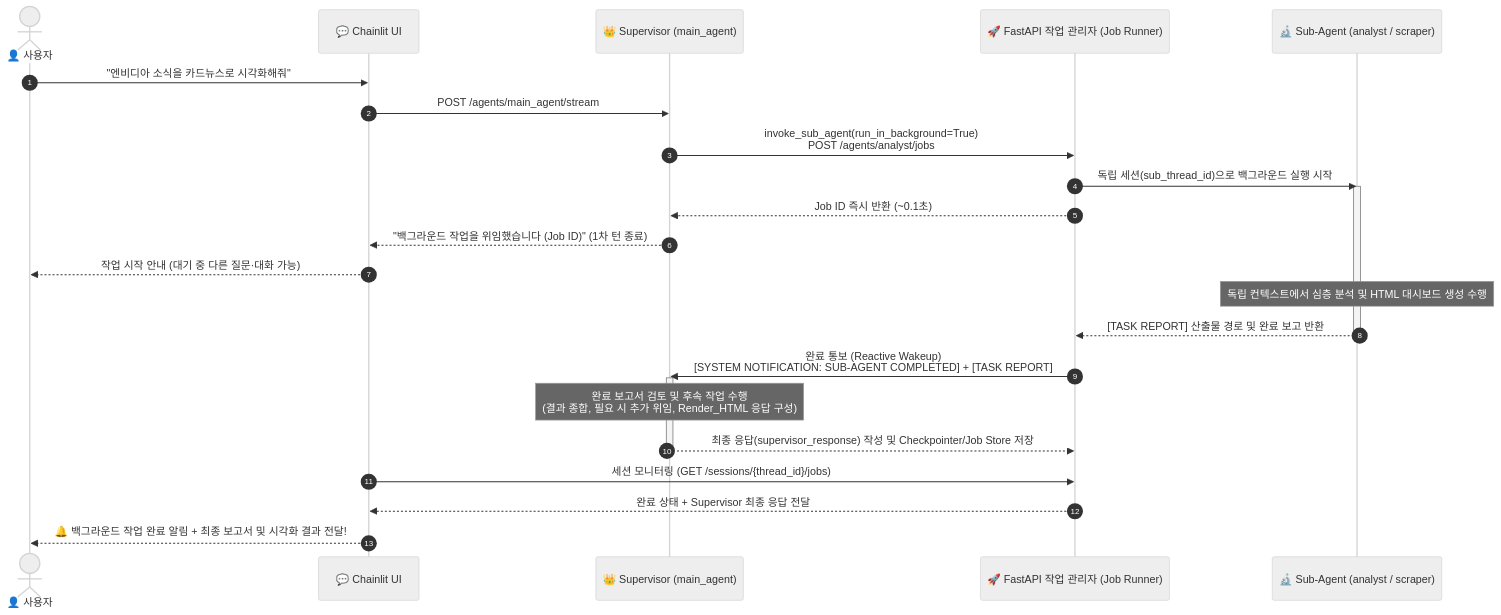
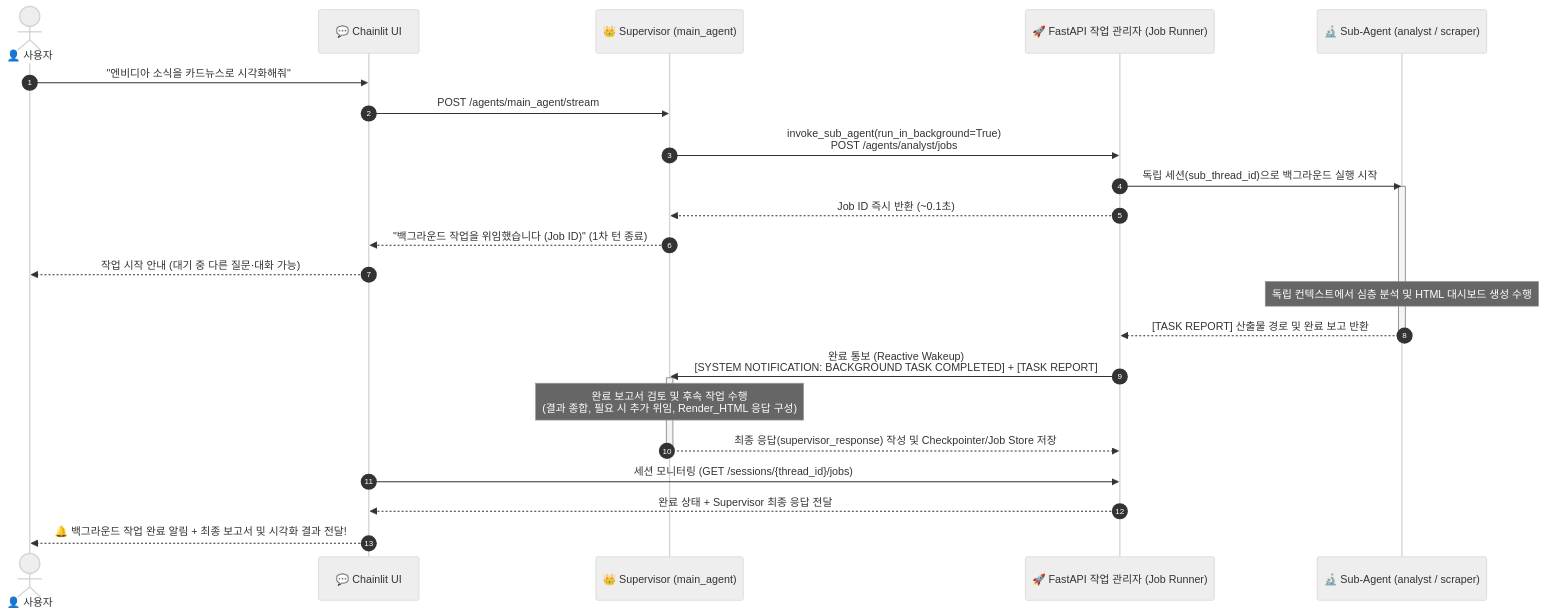
One commit to hukim1112/harness_agent changed the second of 2 diagrams in missions/02_mission_self_recovery_and_subagent.md. Above: the diagram before and after it, drawn with Mermaid (neutral theme).

Commit message:
docs(mission02): align Reactive Wakeup notification header with server.py

````diff
--- a/missions/02_mission_self_recovery_and_subagent.md
+++ b/missions/02_mission_self_recovery_and_subagent.md
@@ -49,32 +49,32 @@
 ```mermaid
 sequenceDiagram
     autonumber
     actor User as 👤 사용자
     participant UI as 💬 Chainlit UI
     participant Sup as 👑 Supervisor (main_agent)
     participant API as 🚀 FastAPI 작업 관리자 (Job Runner)
     participant Sub as 🔬 Sub-Agent (analyst / scraper)
 
     User->>UI: "엔비디아 소식을 카드뉴스로 시각화해줘"
     UI->>Sup: POST /agents/main_agent/stream
     Sup->>API: invoke_sub_agent(run_in_background=True)<br/>POST /agents/analyst/jobs
     API->>Sub: 독립 세션(sub_thread_id)으로 백그라운드 실행 시작
     activate Sub
     API-->>Sup: Job ID 즉시 반환 (~0.1초)
     Sup-->>UI: "백그라운드 작업을 위임했습니다 (Job ID)" (1차 턴 종료)
     UI-->>User: 작업 시작 안내 (대기 중 다른 질문·대화 가능)
 
     Note over Sub: 독립 컨텍스트에서 심층 분석 및 HTML 대시보드 생성 수행
     Sub-->>API: [TASK REPORT] 산출물 경로 및 완료 보고 반환
     deactivate Sub
 
-    API->>Sup: 완료 통보 (Reactive Wakeup)<br/>[SYSTEM NOTIFICATION: SUB-AGENT COMPLETED] + [TASK REPORT]
+    API->>Sup: 완료 통보 (Reactive Wakeup)<br/>[SYSTEM NOTIFICATION: BACKGROUND TASK COMPLETED] + [TASK REPORT]
     activate Sup
     Note over Sup: 완료 보고서 검토 및 후속 작업 수행<br/>(결과 종합, 필요 시 추가 위임, Render_HTML 응답 구성)
     Sup-->>API: 최종 응답(supervisor_response) 작성 및 Checkpointer/Job Store 저장
     deactivate Sup
 
     UI->>API: 세션 모니터링 (GET /sessions/{thread_id}/jobs)
     API-->>UI: 완료 상태 + Supervisor 최종 응답 전달
     UI-->>User: 🔔 백그라운드 작업 완료 알림 + 최종 보고서 및 시각화 결과 전달!
 ```
````
